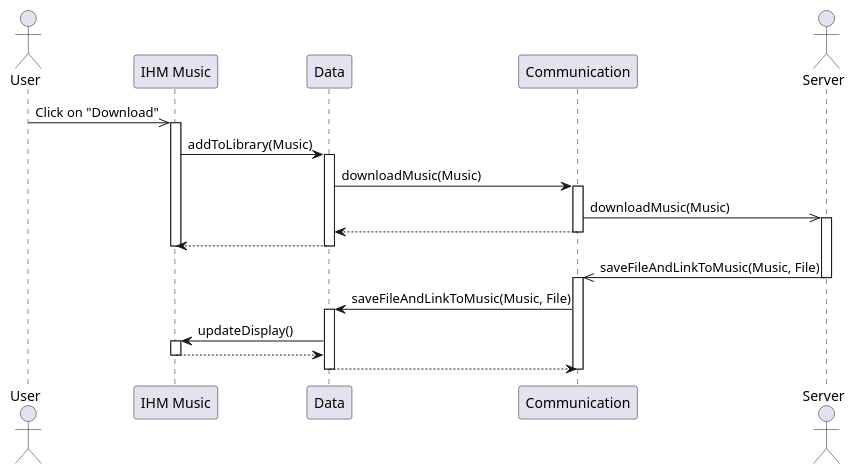
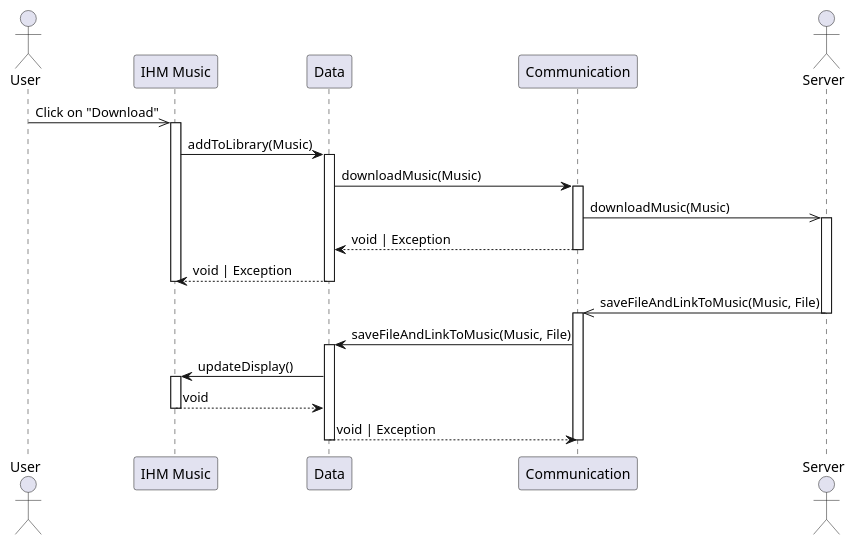
The diagram in sequence/2.2.download_music_client.puml (UTCAI12/Diagrams), drawn with PlantUML before and after one commit. The commit also changed 4 other files, not shown here.

```diff
--- a/sequence/2.2.download_music_client.puml
+++ b/sequence/2.2.download_music_client.puml
@@ -1,40 +1,40 @@
 @startuml Download Music (client side)
 actor User
 participant "IHM Music" as IHM
 participant Data
 participant Communication
 actor Server
 
 User ->> IHM : Click on "Download"
 activate IHM
 
 IHM -> Data : addToLibrary(Music)
 activate Data
 
 Data -> Communication : downloadMusic(Music)
 activate Communication
 Communication ->> Server : downloadMusic(Music)
 activate Server
-Communication --> Data
+Communication --> Data : void | Exception
 deactivate Communication
 
-Data --> IHM
+Data --> IHM : void | Exception
 deactivate Data
 deactivate IHM
 
 Server ->> Communication : saveFileAndLinkToMusic(Music, File)
 deactivate Server
 activate Communication
 Communication -> Data : saveFileAndLinkToMusic(Music, File)
 activate Data
 
 Data -> IHM : updateDisplay()
 activate IHM
-IHM --> Data
+IHM --> Data : void
 deactivate IHM
 
-Data --> Communication
+Data --> Communication : void | Exception
 deactivate Data
 deactivate Communication
 
 @enduml
```
